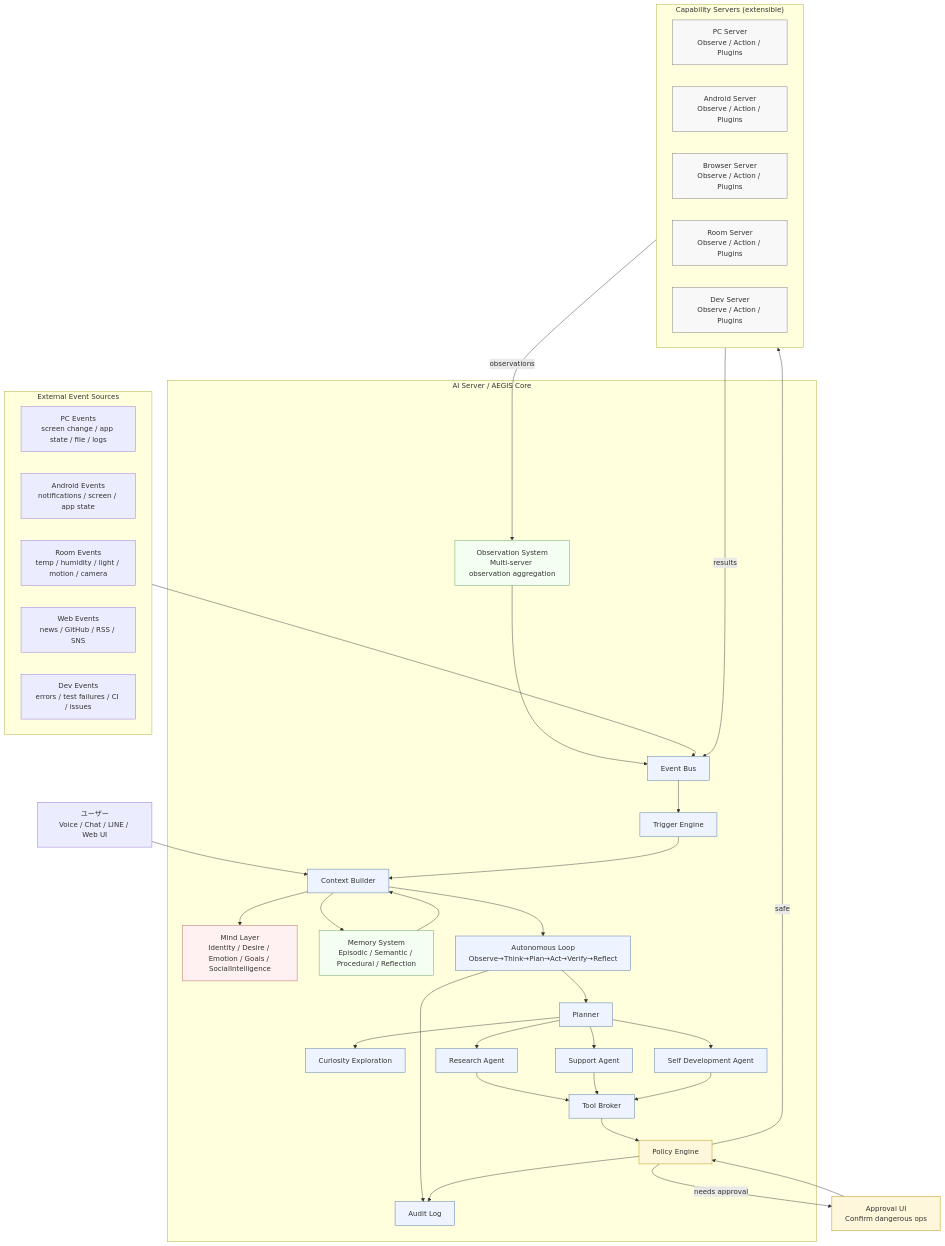
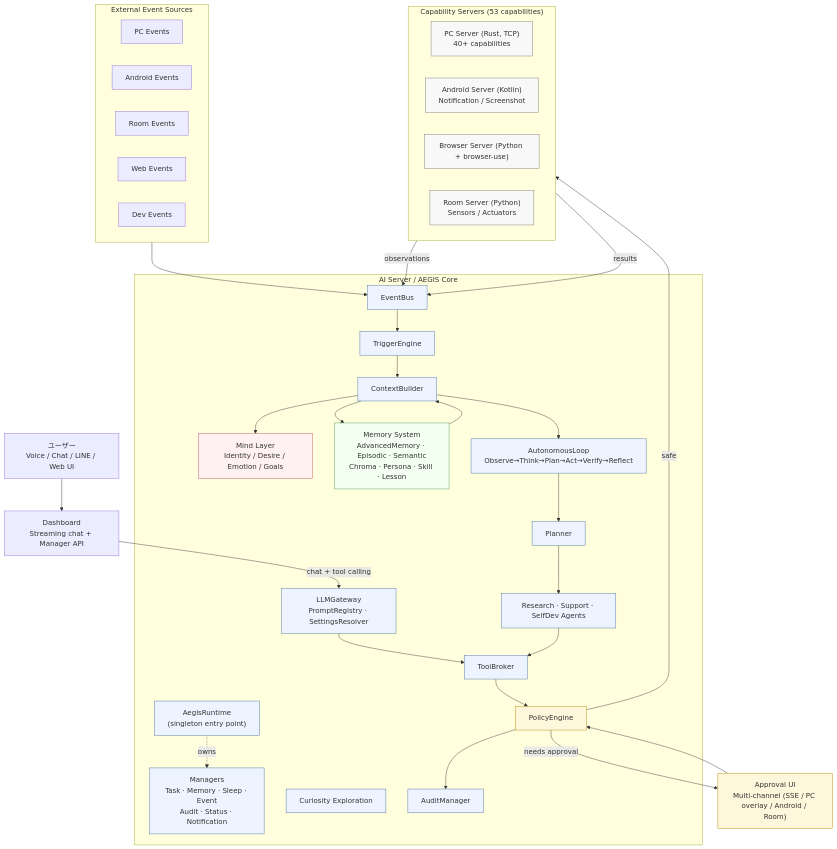
One commit to Kohaku912/AEGIS changed the first of 3 diagrams in docs/architecture.md. Above: the diagram before and after it, drawn with Mermaid. The commit also changed other lines of this file and 17 other files, not shown here.

````diff
--- a/docs/architecture.md
+++ b/docs/architecture.md
@@ -27,79 +29,78 @@
 ```mermaid
 flowchart TB
     %% User Interfaces
     U["ユーザー<br/>Voice / Chat / LINE / Web UI"]
-    ApprovalUI["Approval UI<br/>Confirm dangerous ops"]
+    DashUI["Dashboard<br/>Streaming chat + Manager API"]
+    ApprovalUI["Approval UI<br/>Multi-channel (SSE / PC overlay / Android / Room)"]
 
     %% Event Sources
     subgraph EventSources["External Event Sources"]
-        PCEvents["PC Events<br/>screen change / app state / file / logs"]
-        AndroidEvents["Android Events<br/>notifications / screen / app state"]
-        RoomEvents["Room Events<br/>temp / humidity / light / motion / camera"]
-        WebEvents["Web Events<br/>news / GitHub / RSS / SNS"]
-        DevEvents["Dev Events<br/>errors / test failures / CI / issues"]
+        PCEvents["PC Events"]
+        AndroidEvents["Android Events"]
+        RoomEvents["Room Events"]
+        WebEvents["Web Events"]
+        DevEvents["Dev Events"]
     end
 
     %% Core
     subgraph Core["AI Server / AEGIS Core"]
-        EventBus["Event Bus"]
-        TriggerEngine["Trigger Engine"]
-        ContextBuilder["Context Builder"]
-        Mind["Mind Layer\nIdentity / Desire / Emotion / Goals / SocialIntelligence"]
-        Memory["Memory System\nEpisodic / Semantic / Procedural / Reflection"]
-        Observation["Observation System\nMulti-server observation aggregation"]
-        AutonomousLoop["Autonomous Loop\nObserve→Think→Plan→Act→Verify→Reflect"]
+        Runtime["AegisRuntime<br/>(singleton entry point)"]
+        Managers["Managers<br/>Task · Memory · Sleep · Event<br/>Audit · Status · Notification"]
+        EventBus["EventBus"]
+        TriggerEngine["TriggerEngine"]
+        ContextBuilder["ContextBuilder"]
+        Mind["Mind Layer<br/>Identity / Desire / Emotion / Goals"]
+        Memory["Memory System<br/>AdvancedMemory · Episodic · Semantic<br/>Chroma · Persona · Skill · Lesson"]
+        AutonomousLoop["AutonomousLoop<br/>Observe→Think→Plan→Act→Verify→Reflect"]
         Planner["Planner"]
         Curiosity["Curiosity Exploration"]
-        Researcher["Research Agent"]
-        SupportAgent["Support Agent"]
-        SelfDevAgent["Self Development Agent"]
-        ToolBroker["Tool Broker"]
-        Policy["Policy Engine"]
-        Audit["Audit Log"]
+        Agents["Research · Support · SelfDev Agents"]
+        LLMGateway["LLMGateway<br/>PromptRegistry · SettingsResolver"]
+        ToolBroker["ToolBroker"]
+        Policy["PolicyEngine"]
+        AuditLog["AuditManager"]
     end
 
     %% Servers
-    subgraph Servers["Capability Servers (extensible)"]
-        PCServer["PC Server\nObserve / Action / Plugins"]
-        AndroidServer["Android Server\nObserve / Action / Plugins"]
-        BrowserServer["Browser Server\nObserve / Action / Plugins"]
-        RoomServer["Room Server\nObserve / Action / Plugins"]
-        DevServer["Dev Server\nObserve / Action / Plugins"]
+    subgraph Servers["Capability Servers (53 capabilities)"]
+        PCServer["PC Server (Rust, TCP)<br/>40+ capabilities"]
+        AndroidServer["Android Server (Kotlin)<br/>Notification / Screenshot"]
+        BrowserServer["Browser Server (Python + browser-use)"]
+        RoomServer["Room Server (Python)<br/>Sensors / Actuators"]
     end
 
     %% Data Flow
-    U --> ContextBuilder
+    U --> DashUI
+    DashUI -->|chat + tool calling| LLMGateway
+    LLMGateway --> ToolBroker
     EventSources --> EventBus
     EventBus --> TriggerEngine
     TriggerEngine --> ContextBuilder
     ContextBuilder --> Mind
     ContextBuilder --> Memory
     ContextBuilder --> AutonomousLoop
     Memory --> ContextBuilder
-    Servers -->|observations| Observation
-    Observation --> EventBus
-    AutonomousLoop --> Planner
-    Planner --> Curiosity
-    Planner --> Researcher & SupportAgent & SelfDevAgent
-    Researcher & SupportAgent & SelfDevAgent --> ToolBroker
+    Servers -->|observations| EventBus
+    AutonomousLoop --> Planner --> Agents
+    Agents --> ToolBroker
     ToolBroker --> Policy
     Policy -->|safe| Servers
     Policy -->|needs approval| ApprovalUI
     ApprovalUI --> Policy
     Servers -->|results| EventBus
-    AutonomousLoop --> Audit
-    Policy --> Audit
+    Policy --> AuditLog
+    Runtime -.->|owns| Managers
 
-    %% Styles
     classDef core fill:#eef4ff,stroke:#4a6fa5
     classDef mind fill:#fff1f1,stroke:#b85c5c
     classDef memory fill:#f3fff1,stroke:#5c9b5c
     classDef server fill:#f8f8f8,stroke:#777
     classDef risk fill:#fff7dc,stroke:#b58a00
+    classDef runtime fill:#f0e6ff,stroke:#7b4fa0
 
-    class EventBus,TriggerEngine,ContextBuilder,AutonomousLoop,Planner,Curiosity,Researcher,SupportAgent,SelfDevAgent,ToolBroker,Audit core
+    class Runtime,Managers,EventBus,TriggerEngine,ContextBuilder,AutonomousLoop,Planner,Curiosity,Agents,ToolBroker,AuditLog,LLMGateway core
     class Mind mind
-    class Memory,Observation memory
-    class PCServer,AndroidServer,BrowserServer,RoomServer,DevServer server
+    class Memory memory
+    class PCServer,AndroidServer,BrowserServer,RoomServer server
     class Policy,ApprovalUI risk
 ```
````
